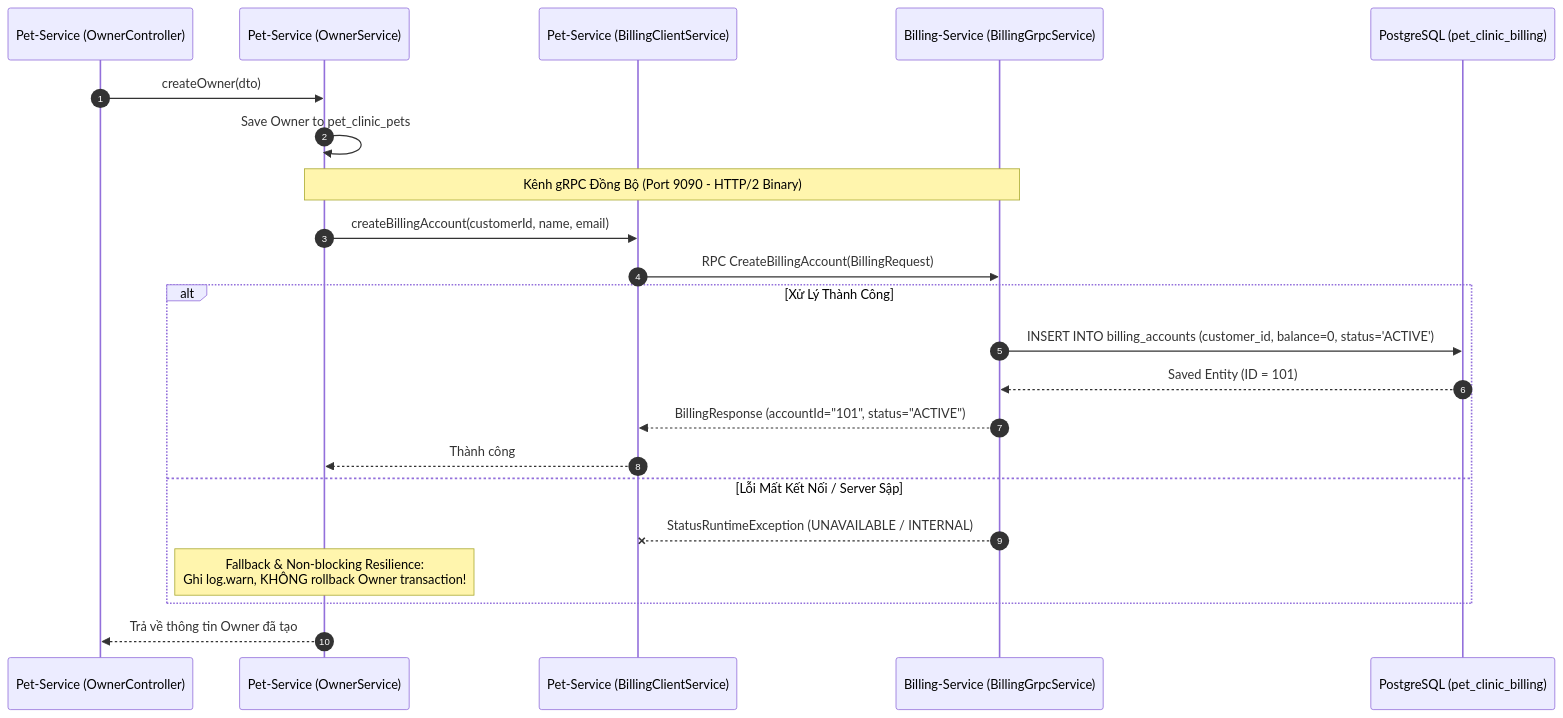
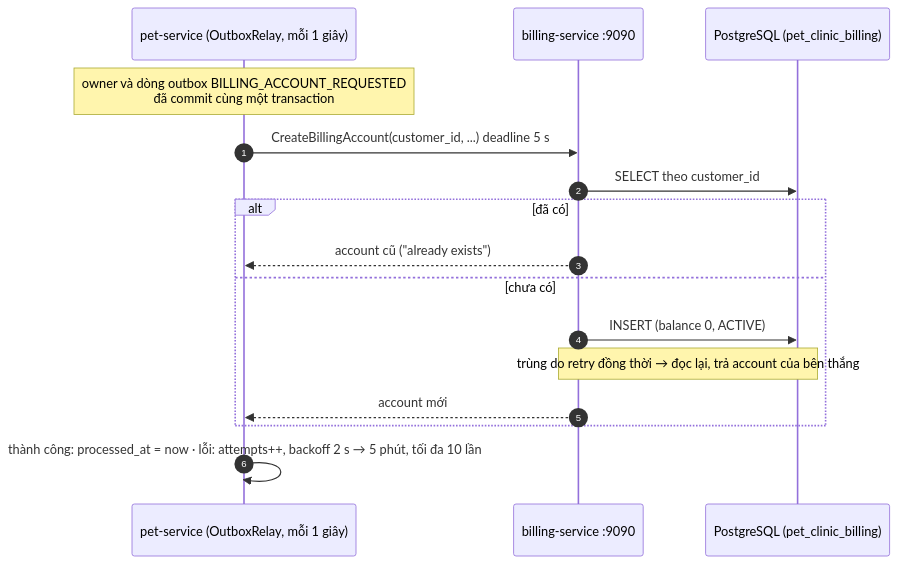
The diagram in billing-service/README.md (Phongasfd/pet-clinic-management), drawn with Mermaid before and after one commit. The commit also changed other lines of this file and 12 other files, not shown here.

Commit message:
feat: add JWT validation and Flyway V4 migration for pet-service

````diff
--- a/billing-service/README.md
+++ b/billing-service/README.md
@@ -126,27 +50,19 @@
 ```mermaid
 sequenceDiagram
     autonumber
-    participant OwnerCtrl as Pet-Service (OwnerController)
-    participant OwnerSvc as Pet-Service (OwnerService)
-    participant gRPCClient as Pet-Service (BillingClientService)
-    participant gRPCServer as Billing-Service (BillingGrpcService)
+    participant P as pet-service (OutboxRelay, mỗi 1 giây)
+    participant B as billing-service :9090
     participant DB as PostgreSQL (pet_clinic_billing)
 
-    OwnerCtrl->>OwnerSvc: createOwner(dto)
-    OwnerSvc->>OwnerSvc: Save Owner to pet_clinic_pets
-    Note over OwnerSvc, gRPCServer: Kênh gRPC Đồng Bộ (Port 9090 - HTTP/2 Binary)
-    OwnerSvc->>gRPCClient: createBillingAccount(customerId, name, email)
-    gRPCClient->>gRPCServer: RPC CreateBillingAccount(BillingRequest)
-    
-    alt Xử Lý Thành Công
-        gRPCServer->>DB: INSERT INTO billing_accounts (customer_id, balance=0, status='ACTIVE')
-        DB-->>gRPCServer: Saved Entity (ID = 101)
-        gRPCServer-->>gRPCClient: BillingResponse (accountId="101", status="ACTIVE")
-        gRPCClient-->>OwnerSvc: Thành công
-    else Lỗi Mất Kết Nối / Server Sập
-        gRPCServer--x gRPCClient: StatusRuntimeException (UNAVAILABLE / INTERNAL)
-        Note over OwnerSvc: Fallback & Non-blocking Resilience:<br/>Ghi log.warn, KHÔNG rollback Owner transaction!
+    Note over P: owner và dòng outbox BILLING_ACCOUNT_REQUESTED<br/>đã commit cùng một transaction
+    P->>B: CreateBillingAccount(customer_id, ...) deadline 5 s
+    B->>DB: SELECT theo customer_id
+    alt đã có
+        B-->>P: account cũ ("already exists")
+    else chưa có
+        B->>DB: INSERT (balance 0, ACTIVE)
+        Note over B,DB: trùng do retry đồng thời → đọc lại, trả account của bên thắng
+        B-->>P: account mới
     end
-
-    OwnerSvc-->>OwnerCtrl: Trả về thông tin Owner đã tạo
+    P->>P: thành công: processed_at = now · lỗi: attempts++, backoff 2 s → 5 phút, tối đa 10 lần
 ```
````
